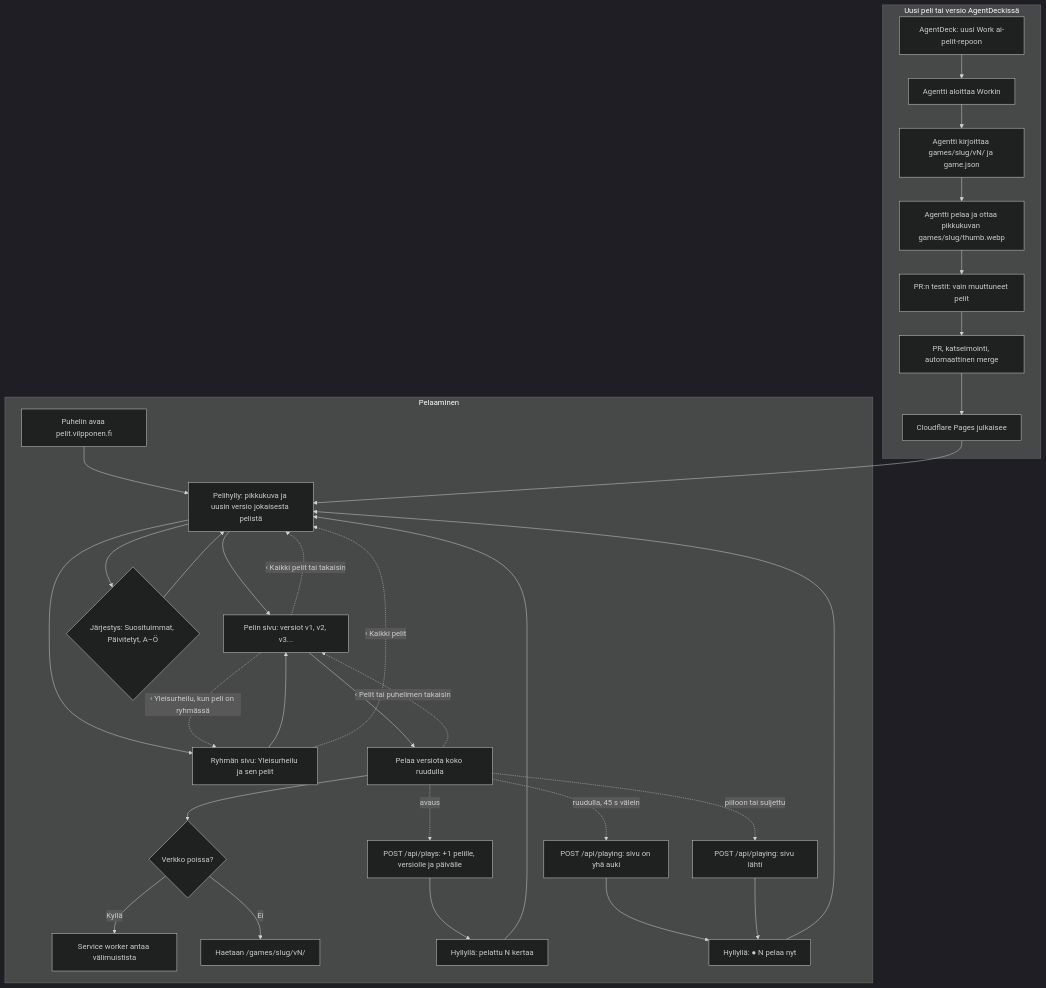
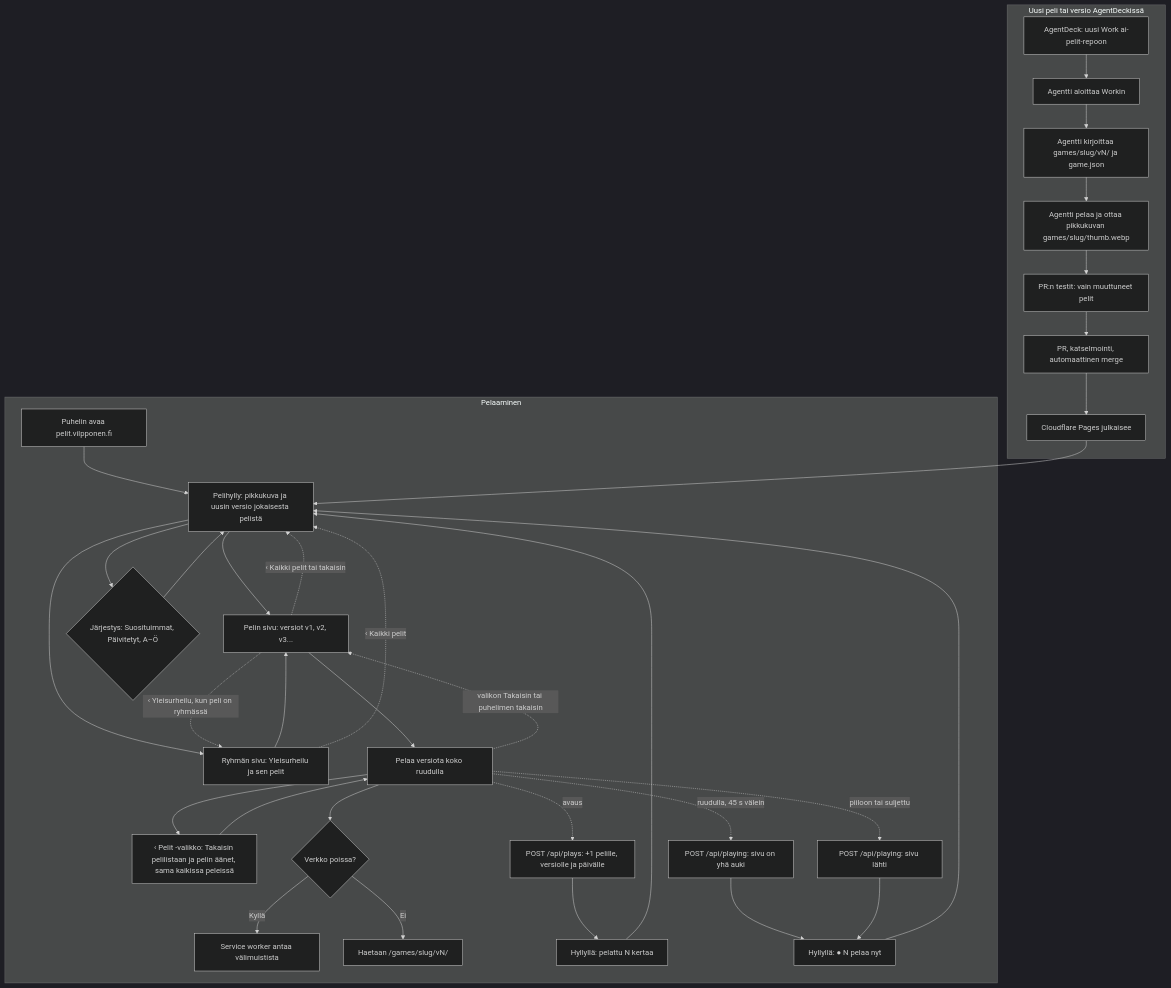
The diagram in docs/diagrams/ai-pelit.md (eerovil/ai-pelit), drawn with Mermaid (dark theme) before and after one commit. The commit also changed other lines of this file and 6 other files, not shown here.

````diff
--- a/docs/diagrams/ai-pelit.md
+++ b/docs/diagrams/ai-pelit.md
@@ -8,43 +8,45 @@
 ```mermaid
 flowchart TD
   subgraph Pelaaminen
     A[Puhelin avaa pelit.vilpponen.fi] --> B[Pelihylly: pikkukuva ja uusin versio jokaisesta pelistä]
     B --> C[Pelin sivu: versiot v1, v2, v3...]
     B --> J{Järjestys: Suosituimmat, Päivitetyt, A–Ö}
     J --> B
     B --> R[Ryhmän sivu: Yleisurheilu ja sen pelit]
     R --> C
     R -. ‹ Kaikki pelit .-> B
     C --> D[Pelaa versiota koko ruudulla]
-    D -. ‹ Pelit tai puhelimen takaisin .-> C
+    D -. valikon Takaisin tai puhelimen takaisin .-> C
+    D --> V[‹ Pelit -valikko: Takaisin pelilistaan ja pelin äänet, sama kaikissa peleissä]
+    V --> D
     C -. ‹ Kaikki pelit tai takaisin .-> B
     C -. ‹ Yleisurheilu, kun peli on ryhmässä .-> R
     D --> E{Verkko poissa?}
     E -- Kyllä --> F[Service worker antaa välimuistista]
     E -- Ei --> G[Haetaan /games/slug/vN/]
     D -. avaus .-> P[POST /api/plays: +1 pelille, versiolle ja päivälle]
     P --> Q[Hyllyllä: pelattu N kertaa]
     Q --> B
     D -. ruudulla, 45 s välein .-> W[POST /api/playing: sivu on yhä auki]
     D -. piiloon tai suljettu .-> X[POST /api/playing: sivu lähti]
     W --> Y[Hyllyllä: ● N pelaa nyt]
     X --> Y
     Y --> B
   end
   subgraph Uusi peli tai versio AgentDeckissä
     H[AgentDeck: uusi Work ai-pelit-repoon] --> L[Agentti aloittaa Workin]
     L --> M[Agentti kirjoittaa games/slug/vN/ ja game.json]
     M --> T[Agentti pelaa ja ottaa pikkukuvan games/slug/thumb.webp]
     T --> U[PR:n testit: vain muuttuneet pelit]
     U --> N[PR, katselmointi, automaattinen merge]
     N --> O[Cloudflare Pages julkaisee]
     O --> B
   end
-  class A,B,C,D,Q,R,Y blue
+  class A,B,C,D,Q,R,V,Y blue
   class E,J amber
   class F,G,P,W,X teal
   class H violet
   class L,M,T,N rose
   class U amber
   class O green
 ```
````
